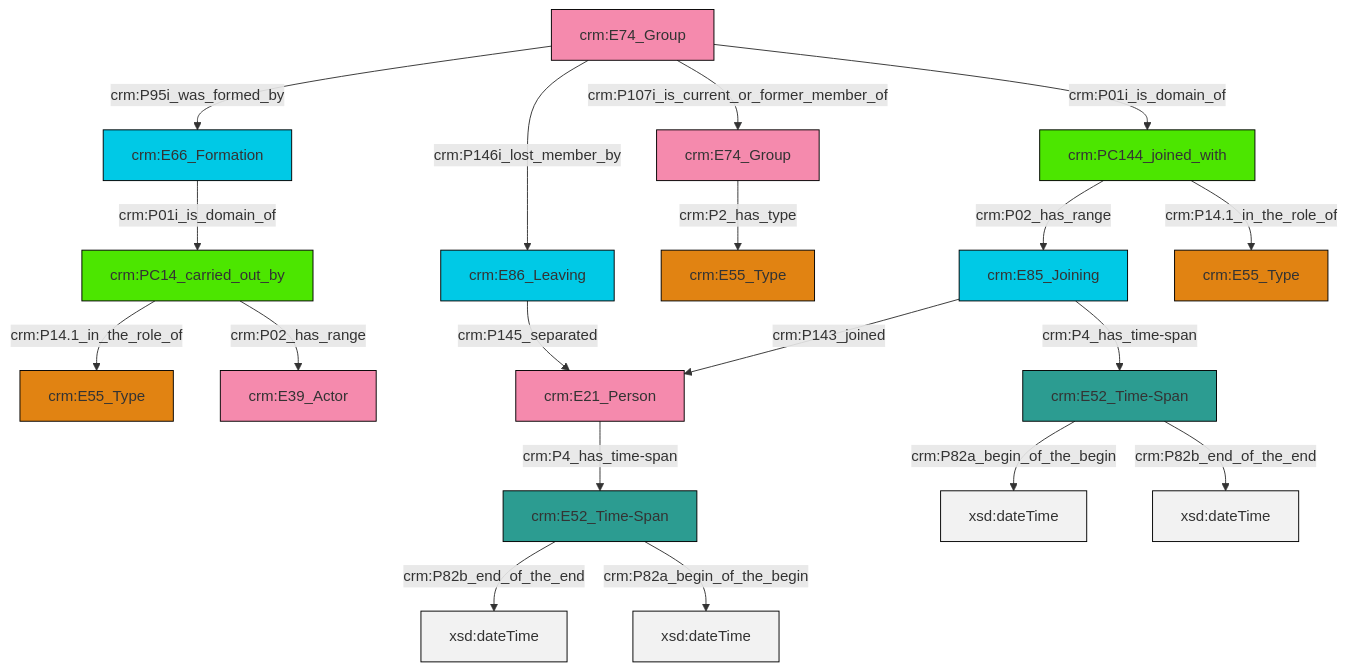
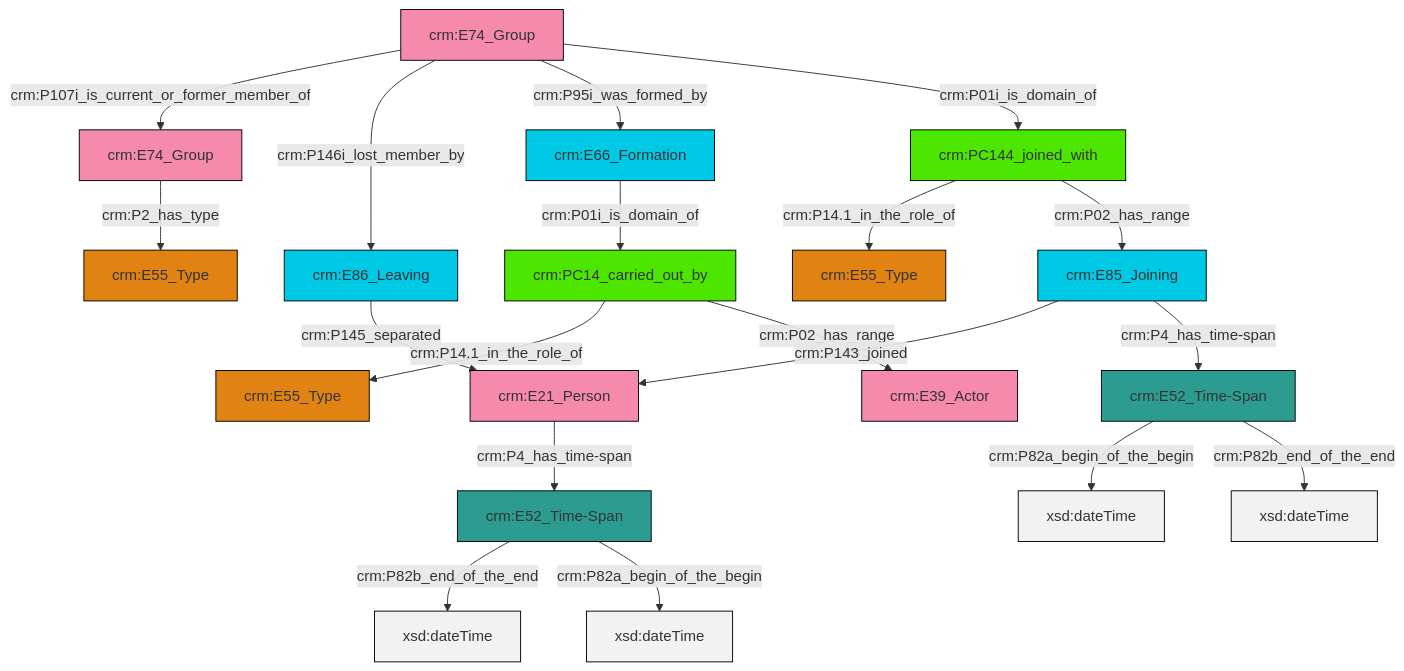
Before and after one commit to swiss-art-research-net/reference-data-models: the diagram in et/groupCSV/ttl/mmd/group_actor_relations.ttl.mmd, drawn with Mermaid. The commit also changed 122 other files, not shown here.

```diff
--- a/et/groupCSV/ttl/mmd/group_actor_relations.ttl.mmd
+++ b/et/groupCSV/ttl/mmd/group_actor_relations.ttl.mmd
@@ -1,33 +1,33 @@
 graph TD
 classDef Literal fill:#f2f2f2,stroke:#000000;
 classDef CRM_Entity fill:#FFFFFF,stroke:#000000;
 classDef Temporal_Entity fill:#00C9E6, stroke:#000000;
 classDef Type fill:#E18312, stroke:#000000;
 classDef Time-Span fill:#2C9C91, stroke:#000000;
 classDef Appellation fill:#FFEB7F, stroke:#000000;
 classDef Place fill:#008836, stroke:#000000;
 classDef Persistent_Item fill:#B266B2, stroke:#000000;
 classDef Conceptual_Object fill:#FFD700, stroke:#000000;
 classDef Physical_Thing fill:#D2B48C, stroke:#000000;
 classDef Actor fill:#f58aad, stroke:#000000;
 classDef PC_Classes fill:#4ce600, stroke:#000000;
 classDef Multi fill:#cccccc,stroke:#000000;
 
-2["crm:E86_Leaving"]:::Temporal_Entity -->|crm:P145_separated| 3["crm:E21_Person"]:::Actor
-0["crm:E74_Group"]:::Actor -->|crm:P95i_was_formed_by| 16["crm:E66_Formation"]:::Temporal_Entity
-16["crm:E66_Formation"]:::Temporal_Entity -->|crm:P01i_is_domain_of| 19["crm:PC14_carried_out_by"]:::PC_Classes
-19["crm:PC14_carried_out_by"]:::PC_Classes -->|crm:P14.1_in_the_role_of| 20["crm:E55_Type"]:::Type
-6["crm:E52_Time-Span"]:::Time-Span -->|crm:P82a_begin_of_the_begin| 23[xsd:dateTime]:::Literal
-6["crm:E52_Time-Span"]:::Time-Span -->|crm:P82b_end_of_the_end| 24[xsd:dateTime]:::Literal
-0["crm:E74_Group"]:::Actor -->|crm:P146i_lost_member_by| 2["crm:E86_Leaving"]:::Temporal_Entity
-25["crm:E52_Time-Span"]:::Time-Span -->|crm:P82b_end_of_the_end| 26[xsd:dateTime]:::Literal
-8["crm:PC144_joined_with"]:::PC_Classes -->|crm:P02_has_range| 10["crm:E85_Joining"]:::Temporal_Entity
-10["crm:E85_Joining"]:::Temporal_Entity -->|crm:P143_joined| 3["crm:E21_Person"]:::Actor
-19["crm:PC14_carried_out_by"]:::PC_Classes -->|crm:P02_has_range| 29["crm:E39_Actor"]:::Actor
-0["crm:E74_Group"]:::Actor -->|crm:P107i_is_current_or_former_member_of| 12["crm:E74_Group"]:::Actor
-25["crm:E52_Time-Span"]:::Time-Span -->|crm:P82a_begin_of_the_begin| 30[xsd:dateTime]:::Literal
-12["crm:E74_Group"]:::Actor -->|crm:P2_has_type| 14["crm:E55_Type"]:::Type
-10["crm:E85_Joining"]:::Temporal_Entity -->|crm:P4_has_time-span| 6["crm:E52_Time-Span"]:::Time-Span
-0["crm:E74_Group"]:::Actor -->|crm:P01i_is_domain_of| 8["crm:PC144_joined_with"]:::PC_Classes
-3["crm:E21_Person"]:::Actor -->|crm:P4_has_time-span| 25["crm:E52_Time-Span"]:::Time-Span
-8["crm:PC144_joined_with"]:::PC_Classes -->|crm:P14.1_in_the_role_of| 4["crm:E55_Type"]:::Type
+2["crm:PC144_joined_with"]:::PC_Classes -->|crm:P14.1_in_the_role_of| 3["crm:E55_Type"]:::Type
+6["crm:E74_Group"]:::Actor -->|crm:P107i_is_current_or_former_member_of| 7["crm:E74_Group"]:::Actor
+10["crm:PC14_carried_out_by"]:::PC_Classes -->|crm:P14.1_in_the_role_of| 8["crm:E55_Type"]:::Type
+11["crm:E52_Time-Span"]:::Time-Span -->|crm:P82b_end_of_the_end| 12[xsd:dateTime]:::Literal
+16["crm:E66_Formation"]:::Temporal_Entity -->|crm:P01i_is_domain_of| 10["crm:PC14_carried_out_by"]:::PC_Classes
+0["crm:E52_Time-Span"]:::Time-Span -->|crm:P82a_begin_of_the_begin| 17[xsd:dateTime]:::Literal
+6["crm:E74_Group"]:::Actor -->|crm:P146i_lost_member_by| 18["crm:E86_Leaving"]:::Temporal_Entity
+10["crm:PC14_carried_out_by"]:::PC_Classes -->|crm:P02_has_range| 14["crm:E39_Actor"]:::Actor
+18["crm:E86_Leaving"]:::Temporal_Entity -->|crm:P145_separated| 22["crm:E21_Person"]:::Actor
+4["crm:E85_Joining"]:::Temporal_Entity -->|crm:P143_joined| 22["crm:E21_Person"]:::Actor
+6["crm:E74_Group"]:::Actor -->|crm:P95i_was_formed_by| 16["crm:E66_Formation"]:::Temporal_Entity
+2["crm:PC144_joined_with"]:::PC_Classes -->|crm:P02_has_range| 4["crm:E85_Joining"]:::Temporal_Entity
+11["crm:E52_Time-Span"]:::Time-Span -->|crm:P82a_begin_of_the_begin| 25[xsd:dateTime]:::Literal
+4["crm:E85_Joining"]:::Temporal_Entity -->|crm:P4_has_time-span| 0["crm:E52_Time-Span"]:::Time-Span
+0["crm:E52_Time-Span"]:::Time-Span -->|crm:P82b_end_of_the_end| 29[xsd:dateTime]:::Literal
+6["crm:E74_Group"]:::Actor -->|crm:P01i_is_domain_of| 2["crm:PC144_joined_with"]:::PC_Classes
+7["crm:E74_Group"]:::Actor -->|crm:P2_has_type| 26["crm:E55_Type"]:::Type
+22["crm:E21_Person"]:::Actor -->|crm:P4_has_time-span| 11["crm:E52_Time-Span"]:::Time-Span
```
